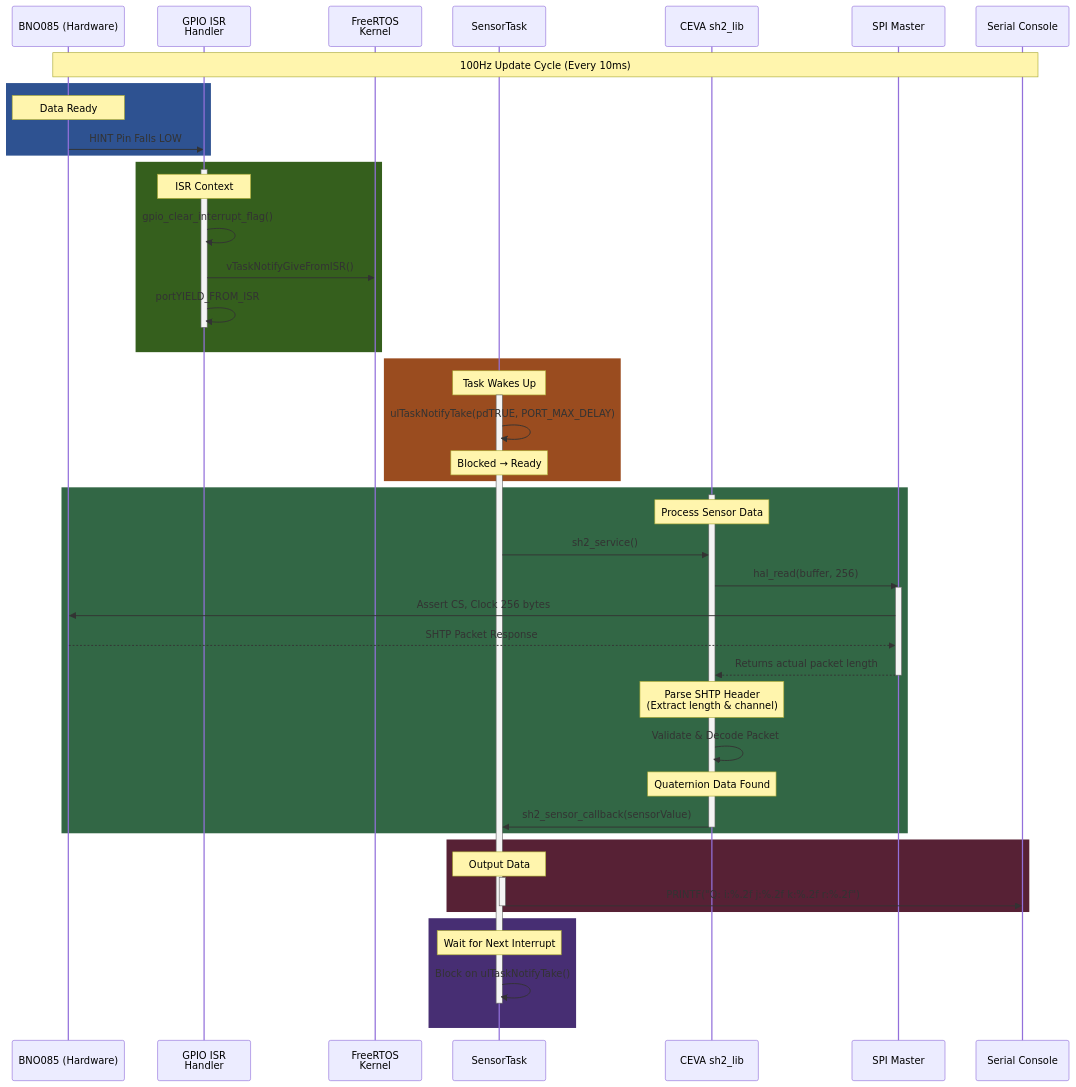
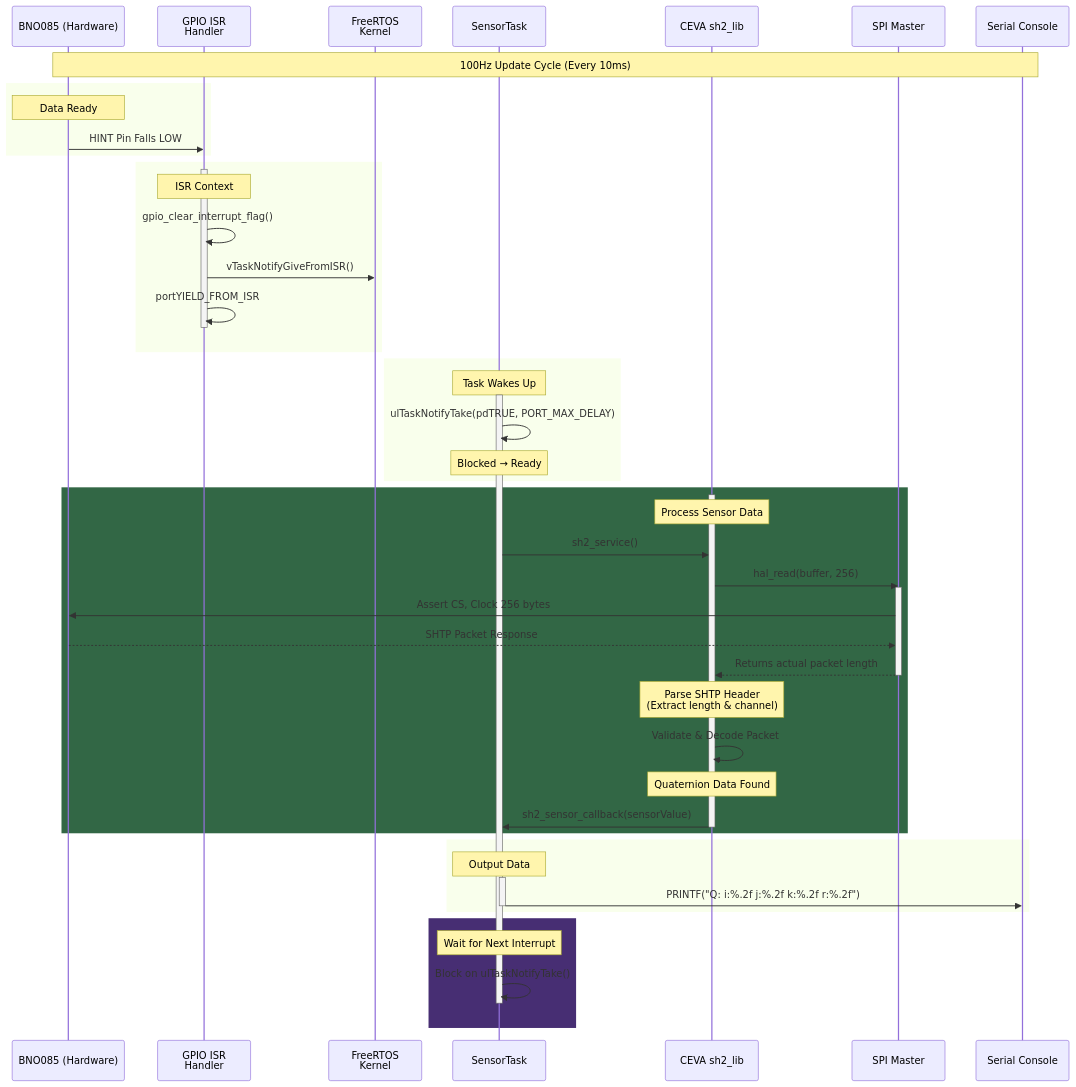
Before and after one commit to ivansigala/drone: the third of 4 diagrams in README.md, drawn with Mermaid. The commit also changed other lines of this file, not shown here.

````diff
--- a/README.md
+++ b/README.md
@@ -113,66 +113,66 @@
 ```mermaid
 sequenceDiagram
     participant BNO as BNO085 (Hardware)
     participant ISR as GPIO ISR<br/>Handler
     participant Kernel as FreeRTOS<br/>Kernel
     participant Task as SensorTask
     participant CEVA as CEVA sh2_lib
     participant SPI as SPI Master
     participant Console as Serial Console
 
     Note over BNO, Console: 100Hz Update Cycle (Every 10ms)
     
-    rect rgb(46, 82, 145)
+    rect #2e5291
     Note over BNO: Data Ready
     BNO->>ISR: HINT Pin Falls LOW
     end
     
-    rect rgb(53, 95, 29)
+    rect #355f1d
     activate ISR
     Note over ISR: ISR Context
     ISR->>ISR: gpio_clear_interrupt_flag()
     ISR->>Kernel: vTaskNotifyGiveFromISR()
     ISR->>ISR: portYIELD_FROM_ISR
     deactivate ISR
     end
     
-    rect rgb(154, 76, 31)
+    rect #9a4c1f
     Note over Task: Task Wakes Up
     activate Task
     Task->>Task: ulTaskNotifyTake(pdTRUE, PORT_MAX_DELAY)
     Note over Task: Blocked → Ready
     end
     
     rect rgb(50, 103, 69)
     activate CEVA
     Note over CEVA: Process Sensor Data
     Task->>CEVA: sh2_service()
     
     CEVA->>SPI: hal_read(buffer, 256)
     activate SPI
     SPI->>BNO: Assert CS, Clock 256 bytes
     BNO-->>SPI: SHTP Packet Response
     SPI-->>CEVA: Returns actual packet length
     deactivate SPI
     
     Note over CEVA: Parse SHTP Header<br/>(Extract length & channel)
     CEVA->>CEVA: Validate & Decode Packet
     
     Note over CEVA: Quaternion Data Found
     CEVA->>Task: sh2_sensor_callback(sensorValue)
     deactivate CEVA
     end
     
-    rect rgb(87, 33, 53)
+    rect #572135
     Note over Task: Output Data
     activate Task
     Task->>Console: PRINTF("Q: i:%.2f j:%.2f k:%.2f r:%.2f")
     deactivate Task
     end
     
     rect rgb(71, 46, 115)
     Note over Task: Wait for Next Interrupt
     Task->>Task: Block on ulTaskNotifyTake()
     deactivate Task
     end
 ```
````
